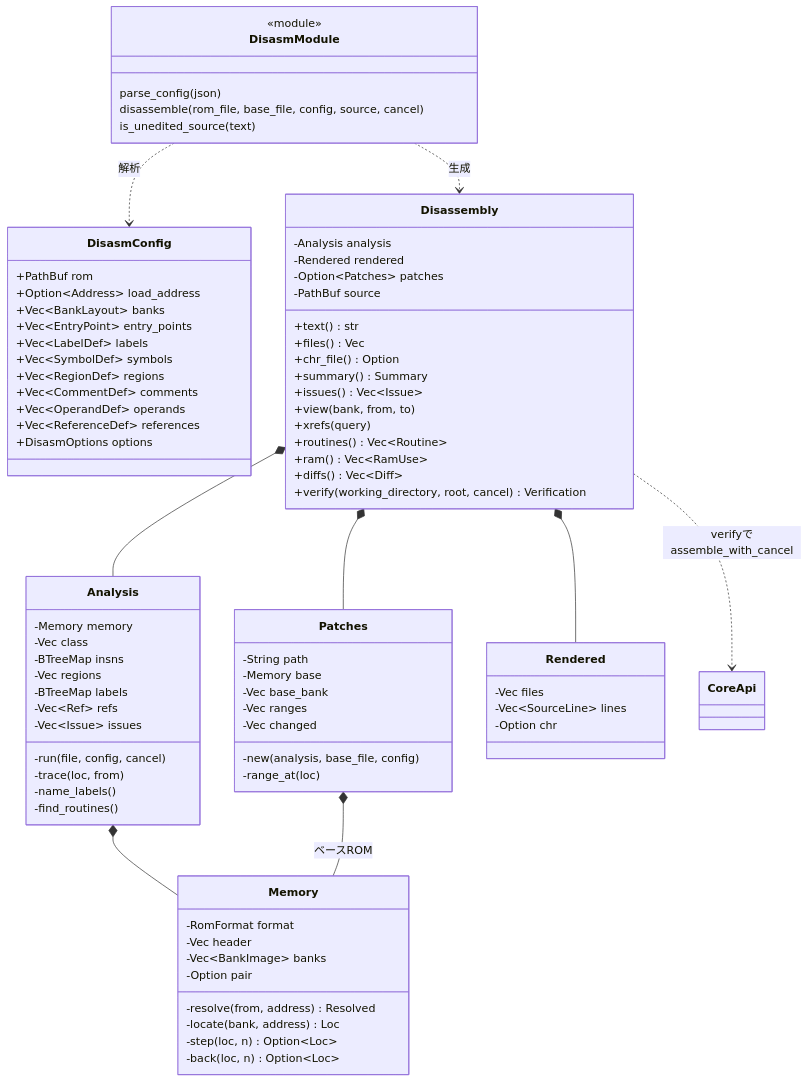
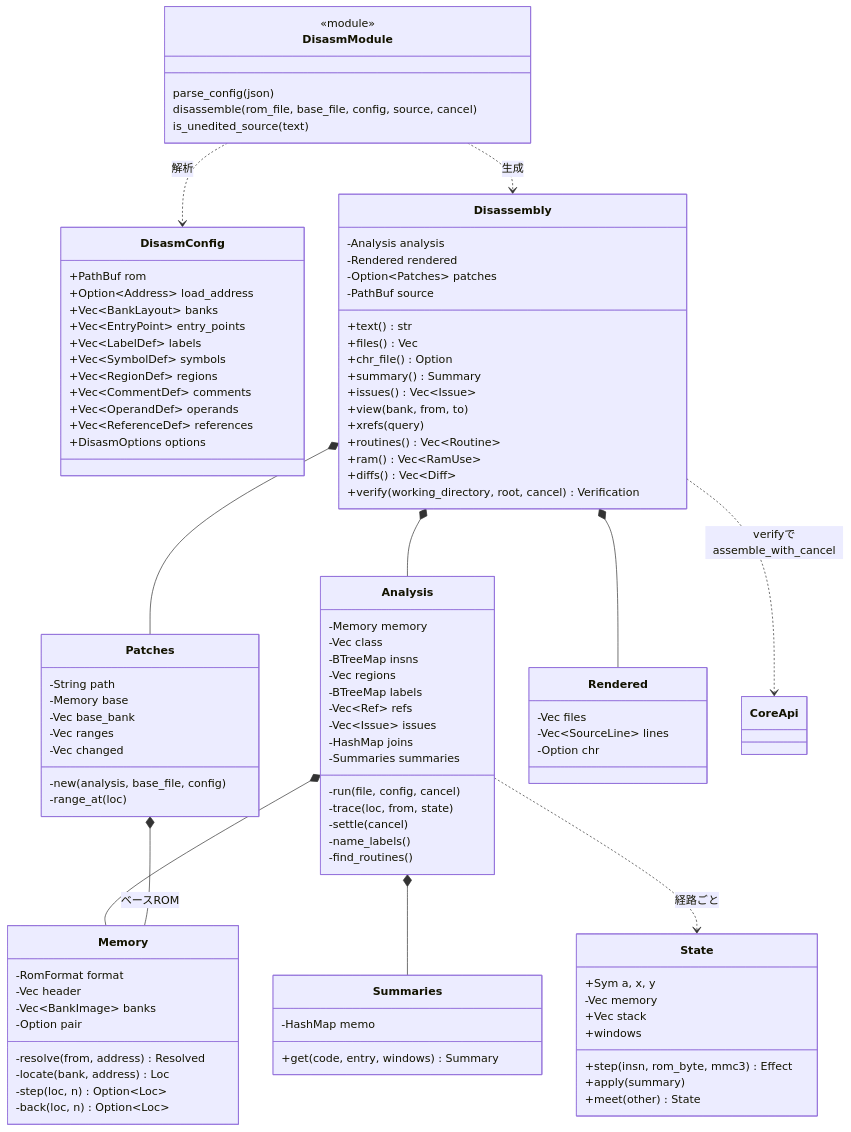
Before and after one commit to rock5easily/NesAsmRs: the seventh of 7 diagrams in docs/rust-uml.md, drawn with Mermaid. The commit also changed other lines of this file and 10 other files, not shown here.

```diff
--- a/docs/rust-uml.md
+++ b/docs/rust-uml.md
@@ -675,8 +677,11 @@
         -BTreeMap labels
         -Vec~Ref~ refs
         -Vec~Issue~ issues
+        -HashMap joins
+        -Summaries summaries
         -run(file, config, cancel)
-        -trace(loc, from)
+        -trace(loc, from, state)
+        -settle(cancel)
         -name_labels()
         -find_routines()
     }
@@ -689,6 +694,19 @@
         -locate(bank, address) Loc
         -step(loc, n) Option~Loc~
         -back(loc, n) Option~Loc~
+    }
+    class State {
+        +Sym a, x, y
+        -Vec memory
+        +Vec stack
+        +windows
+        +step(insn, rom_byte, mmc3) Effect
+        +apply(summary)
+        +meet(other) State
+    }
+    class Summaries {
+        -HashMap memo
+        +get(code, entry, windows) Summary
     }
     class Patches {
         -String path
@@ -715,6 +733,8 @@
     Disassembly *-- Analysis
     Disassembly *-- Rendered
     Analysis *-- Memory
+    Analysis *-- Summaries
+    Analysis ..> State : 経路ごと
     Disassembly *-- Patches
     Patches *-- Memory : ベースROM
     Disassembly ..> CoreApi : verifyでassemble_with_cancel
```
